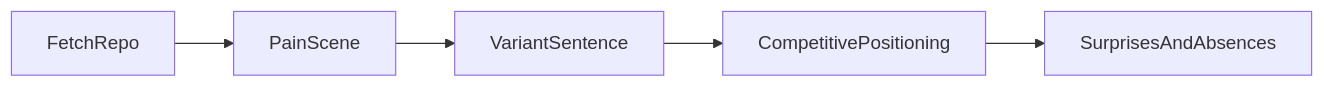
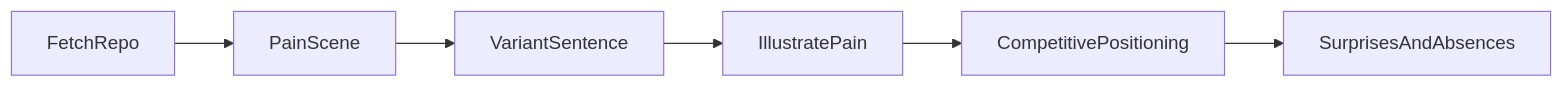
One commit to esavard/Crack-Any-Codebase-with-AI changed the diagram in ch05-product-intent/README.md. Above: the diagram before and after it, drawn with Mermaid. The commit also changed other lines of this file and 26 other files, not shown here.

````diff
--- a/ch05-product-intent/README.md
+++ b/ch05-product-intent/README.md
@@ -49,7 +81,8 @@
 ```mermaid
 flowchart LR
     fetch[FetchRepo] --> pain[PainScene]
     pain --> variant[VariantSentence]
-    variant --> position[CompetitivePositioning]
+    variant --> illustrate[IllustratePain]
+    illustrate --> position[CompetitivePositioning]
     position --> surprises[SurprisesAndAbsences]
 ```
````
